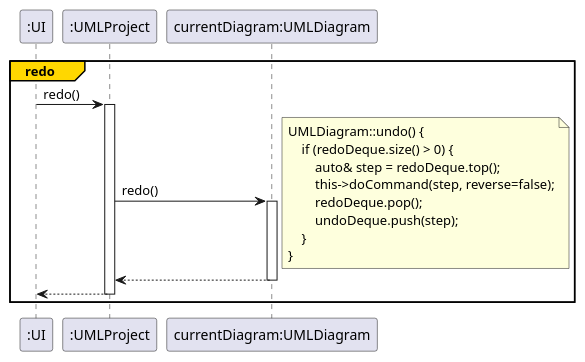
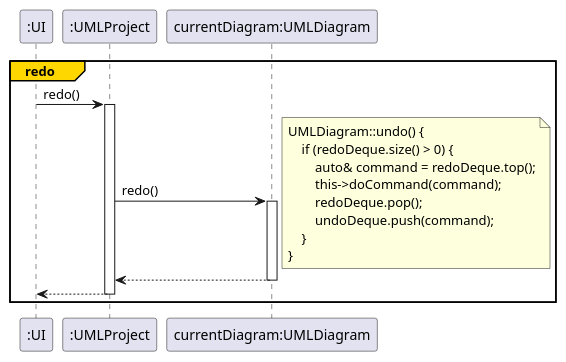
One commit to Vghxv/Dr.UML__________________ changed diagram 14 of 17 in docs/graphs/ssd.iuml. Above: the diagram before and after it, drawn with PlantUML. The commit also changed other lines of this file and 4 other files, not shown here.

```diff
--- a/docs/graphs/ssd.iuml
+++ b/docs/graphs/ssd.iuml
@@ -299,20 +273,20 @@
 @startuml 
 /'redo'/
 autoactivate on
 group#gold #white redo
     ":UI" -> ":UMLProject" : redo()
     ":UMLProject" -> "currentDiagram:UMLDiagram" : redo()
     note right 
     UMLDiagram::undo() {
         if (redoDeque.size() > 0) {
-            auto& step = redoDeque.top();
-            this->doCommand(step, reverse=false);
+            auto& command = redoDeque.top();
+            this->doCommand(command);
             redoDeque.pop();
-            undoDeque.push(step);
+            undoDeque.push(command);
         }
     }
     end note
     return
     return
 end undo
 @enduml
```
